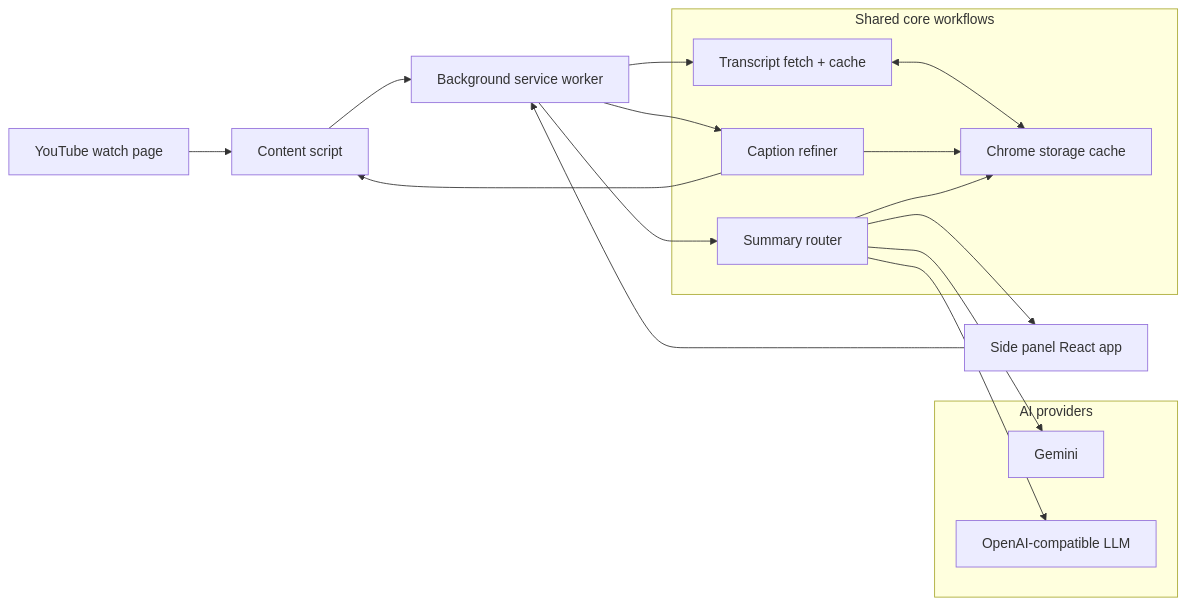
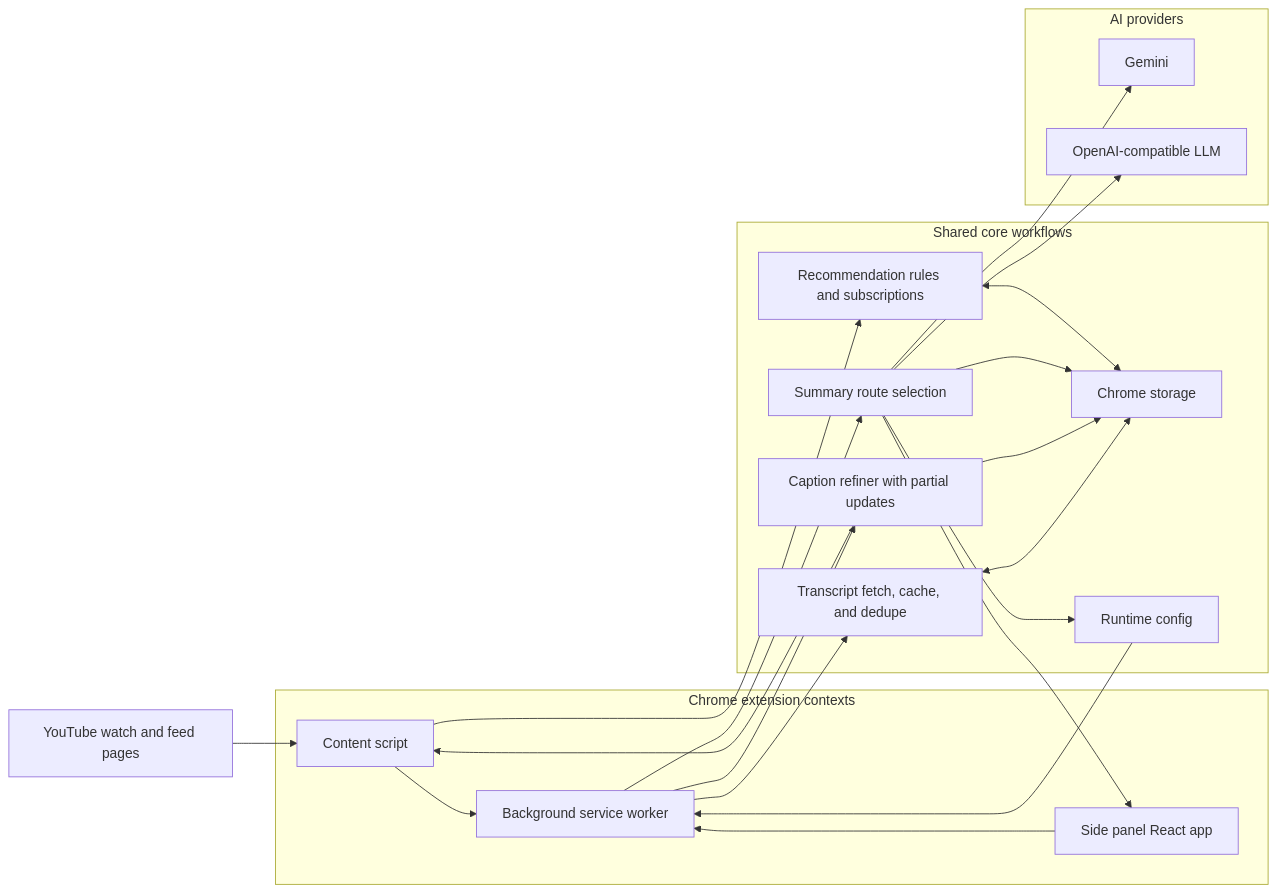
One commit to teron131/better-youtube changed the first of 3 diagrams in README.md. Above: the diagram before and after it, drawn with Mermaid. The commit also changed other lines of this file, not shown here.

Commit message:
Diagram recommendation rules, configuration, and transcript caching

````diff
--- a/README.md
+++ b/README.md
@@ -19,36 +19,45 @@
 ```mermaid
 flowchart LR
     accTitle: Better YouTube extension architecture
-    accDescr: Shows the three Chrome extension contexts and the shared workflows they use.
+    accDescr: Shows the Chrome extension contexts, shared workflows, storage, and model providers.
 
-    YT["YouTube watch page"]
-    CS["Content script"]
-    SP["Side panel React app"]
-    BG["Background service worker"]
+    YT["YouTube watch and feed pages"]
+
+    subgraph EXT["Chrome extension contexts"]
+        CS["Content script"]
+        SP["Side panel React app"]
+        BG["Background service worker"]
+    end
 
     subgraph CORE["Shared core workflows"]
-        TR["Transcript fetch + cache"]
-        RF["Caption refiner"]
-        SM["Summary router"]
-        ST["Chrome storage cache"]
+        TR["Transcript fetch, cache, and dedupe"]
+        RF["Caption refiner with partial updates"]
+        SR["Summary route selection"]
+        RC["Recommendation rules and subscriptions"]
+        ST["Chrome storage"]
+        CFG["Runtime config"]
     end
 
     subgraph AI["AI providers"]
         GM["Gemini"]
         LLM["OpenAI-compatible LLM"]
     end
 
     YT --> CS
+    CS --> BG
     SP --> BG
-    CS --> BG
+    CS --> RC
     BG --> TR
     BG --> RF
-    BG --> SM
+    BG --> SR
     TR <--> ST
     RF --> ST
-    SM --> ST
+    SR --> ST
+    RC <--> ST
+    CFG --> BG
+    SR --> CFG
     RF --> CS
-    SM --> SP
-    SM --> GM
-    SM --> LLM
+    SR --> SP
+    SR --> GM
+    SR --> LLM
 ```
````
